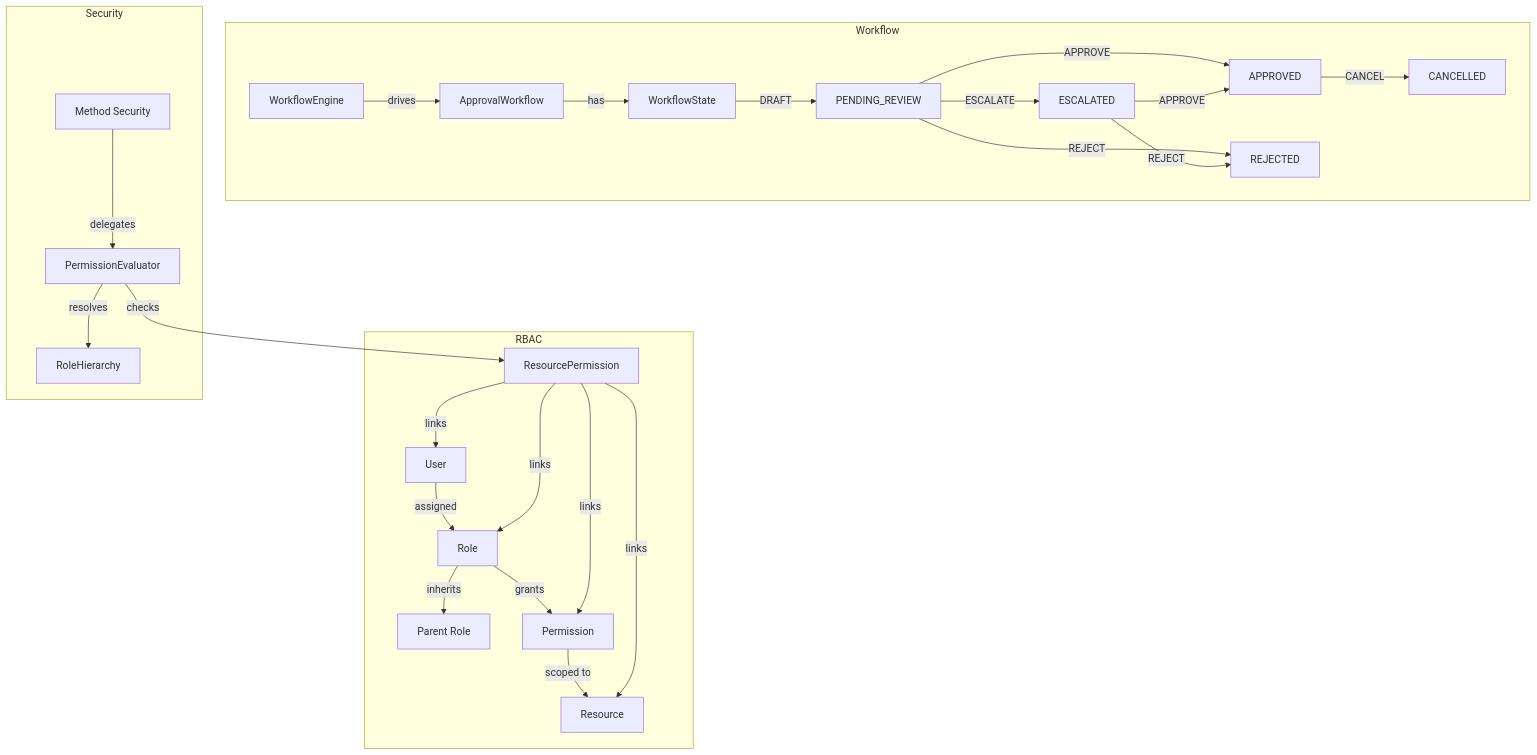
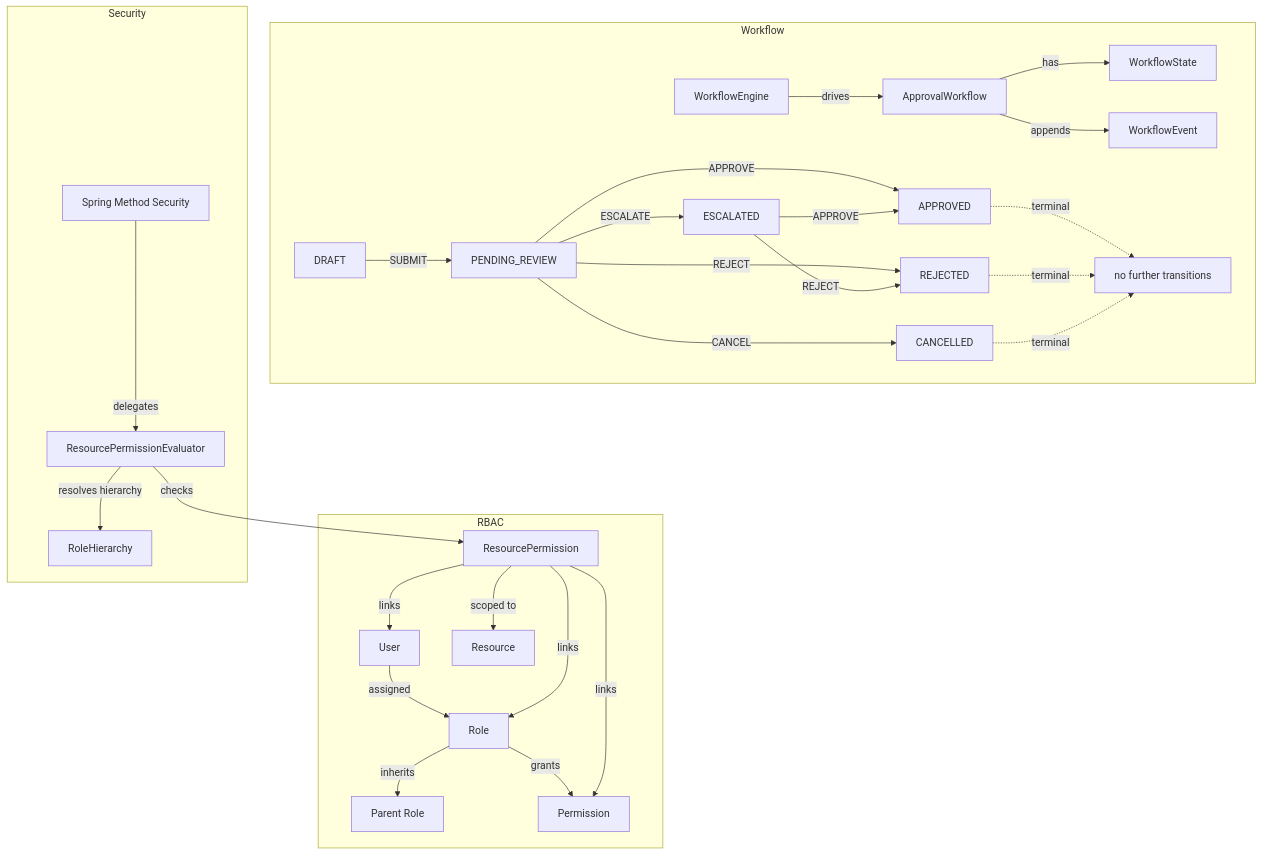
One commit to tiana-code/access-control-engine changed the diagram in README.md. Above: the diagram before and after it, drawn with Mermaid. The commit also changed other lines of this file and 16 other files, not shown here.

Commit message:
add security config, aggregate-level workflow validation, Flyway migrations, evaluator tests

````diff
--- a/README.md
+++ b/README.md
@@ -21,31 +40,34 @@
 ```mermaid
 graph TD
     subgraph RBAC
         U[User] -->|assigned| R[Role]
         R -->|inherits| PR[Parent Role]
         R -->|grants| P[Permission]
-        P -->|scoped to| RS[Resource]
         RP[ResourcePermission] -->|links| U
         RP -->|links| R
         RP -->|links| P
-        RP -->|links| RS
+        RP -->|scoped to| RS[Resource]
     end
 
     subgraph Workflow
         WF[ApprovalWorkflow] -->|has| WS[WorkflowState]
         WE[WorkflowEngine] -->|drives| WF
-        WS -->|DRAFT| WS1[PENDING_REVIEW]
-        WS1 -->|APPROVE| WS2[APPROVED]
-        WS1 -->|REJECT| WS3[REJECTED]
-        WS1 -->|ESCALATE| WS4[ESCALATED]
-        WS4 -->|APPROVE| WS2
-        WS4 -->|REJECT| WS3
-        WS2 -->|CANCEL| WS5[CANCELLED]
+        WF -->|appends| WE2[WorkflowEvent]
+        WS1[DRAFT] -->|SUBMIT| WS2[PENDING_REVIEW]
+        WS2 -->|APPROVE| WS3[APPROVED]
+        WS2 -->|REJECT| WS4[REJECTED]
+        WS2 -->|ESCALATE| WS5[ESCALATED]
+        WS5 -->|APPROVE| WS3
+        WS5 -->|REJECT| WS4
+        WS2 -->|CANCEL| WS6[CANCELLED]
+        WS3 -.->|terminal| T[no further transitions]
+        WS4 -.->|terminal| T
+        WS6 -.->|terminal| T
     end
 
     subgraph Security
-        PE[PermissionEvaluator] -->|checks| RP
-        PE -->|resolves| RH[RoleHierarchy]
-        MS[Method Security] -->|delegates| PE
+        PE[ResourcePermissionEvaluator] -->|checks| RP
+        PE -->|resolves hierarchy| RH[RoleHierarchy]
+        MS[Spring Method Security] -->|delegates| PE
     end
 ```
````
